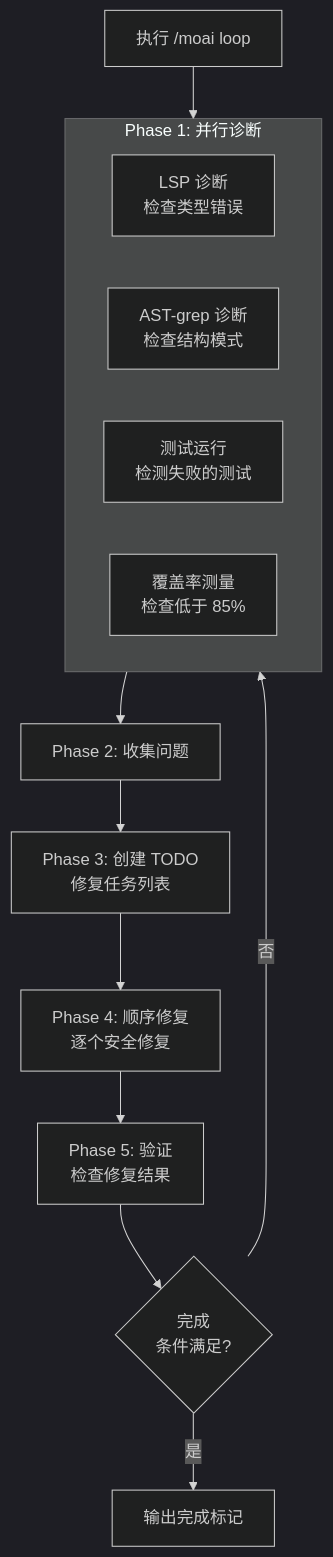
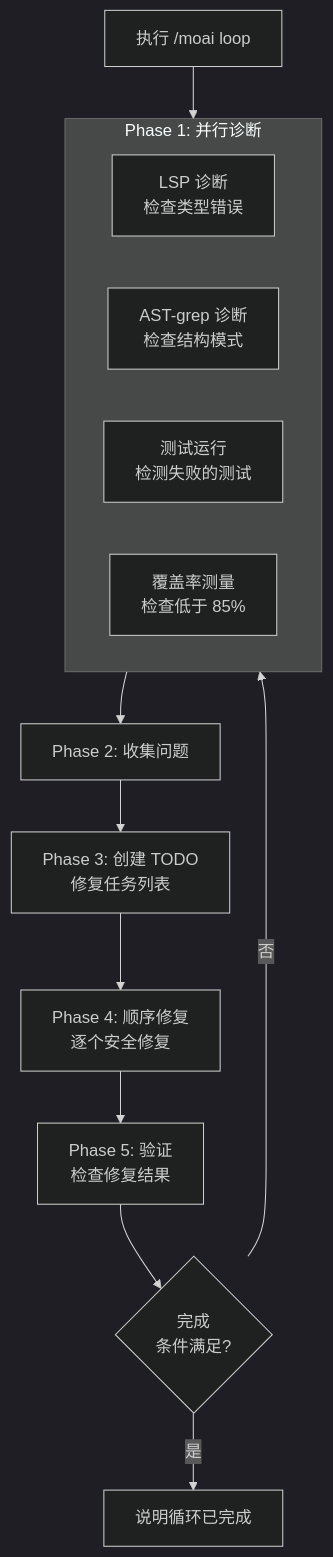
Before and after one commit to modu-ai/moai-adk: the first of 4 diagrams in docs-site/content/zh/utility-commands/moai-loop.md, drawn with Mermaid (dark theme). The commit also changed 17 other files, not shown here.

````diff
--- a/docs-site/content/zh/utility-commands/moai-loop.md
+++ b/docs-site/content/zh/utility-commands/moai-loop.md
@@ -63,19 +63,19 @@
 ```mermaid
 flowchart TD
     Start["执行 /moai loop"] --> Diag
 
     subgraph Diag["Phase 1: 并行诊断"]
         D1["LSP 诊断<br/>检查类型错误"]
         D2["AST-grep 诊断<br/>检查结构模式"]
         D3["测试运行<br/>检测失败的测试"]
         D4["覆盖率测量<br/>检查低于 85%"]
     end
 
     Diag --> Collect["Phase 2: 收集问题"]
     Collect --> Todo["Phase 3: 创建 TODO<br/>修复任务列表"]
     Todo --> Fix["Phase 4: 顺序修复<br/>逐个安全修复"]
     Fix --> Verify["Phase 5: 验证<br/>检查修复结果"]
     Verify --> Check{完成<br/>条件满足?}
     Check -->|否| Diag
-    Check -->|是| Done["输出完成标记"]
+    Check -->|是| Done["说明循环已完成"]
 ```
````
